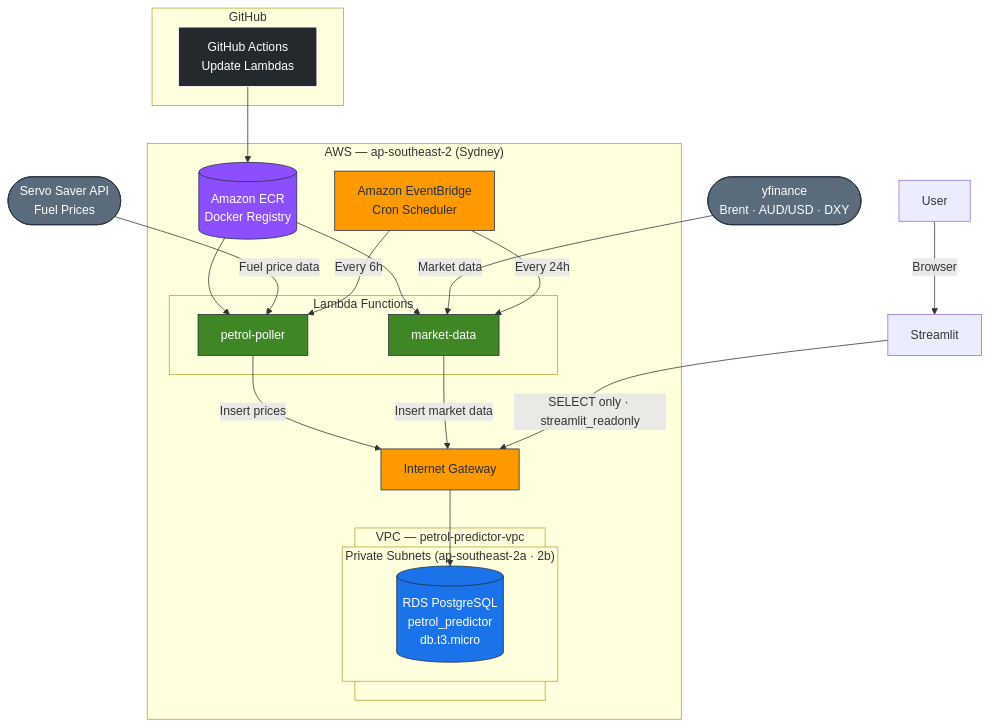
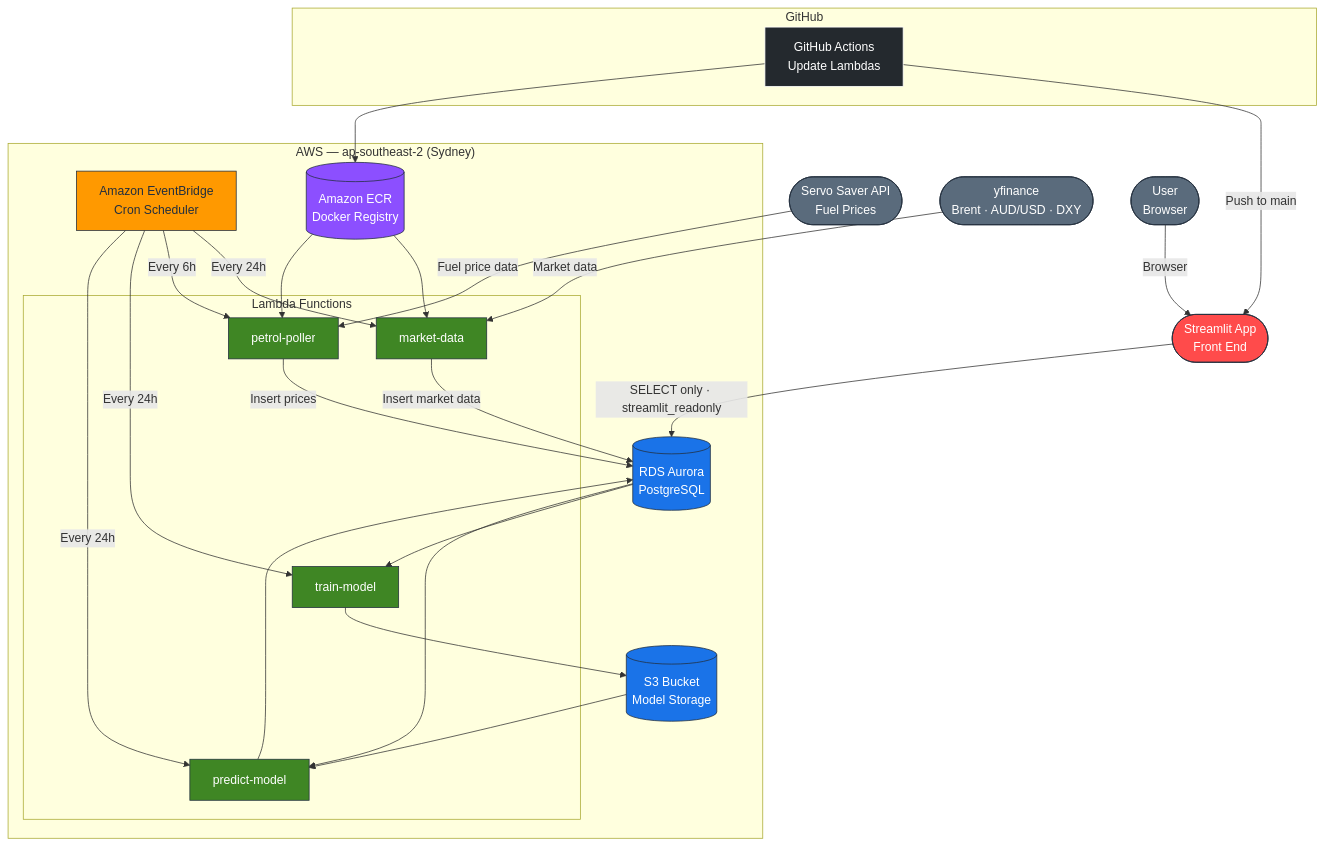
One commit to cutajara/Petrol_Prices changed the diagram in README.md. Above: the diagram before and after it, drawn with Mermaid. The commit also changed other lines of this file and 1 other file, not shown here.

Commit message:
fix: app is live!

````diff
--- a/README.md
+++ b/README.md
@@ -6,66 +8,80 @@
 ```mermaid
 graph TD
     %% Define Styles
     classDef github fill:#24292e,stroke:#fff,stroke-width:1px,color:#fff;
     classDef awsOrange fill:#FF9900,stroke:#232F3E,stroke-width:1px,color:#232F3E;
     classDef awsGreen fill:#3F8624,stroke:#232F3E,stroke-width:1px,color:#fff;
     classDef awsBlue fill:#1A73E8,stroke:#232F3E,stroke-width:1px,color:#fff;
     classDef awsPurple fill:#8C4FFF,stroke:#232F3E,stroke-width:1px,color:#fff;
     classDef external fill:#5A6B7C,stroke:#232F3E,stroke-width:1px,color:#fff;
     classDef streamlit fill:#FF4B4B,stroke:#232F3E,stroke-width:1px,color:#fff;
 
     %% External Sources
     ServoAPI([Servo Saver API<br>Fuel Prices]):::external
     YFinance([yfinance<br>Brent · AUD/USD · DXY]):::external
 
     %% GitHub
     subgraph GitHub_Platform ["GitHub"]
         GA[GitHub Actions<br>Update Lambdas]:::github
     end
 
+    GA -->|Push to main| Streamlit
+
     %% AWS Cloud
     subgraph AWS_Cloud ["AWS — ap-southeast-2 (Sydney)"]
 
         EB[Amazon EventBridge<br>Cron Scheduler]:::awsOrange
         ECR[(Amazon ECR<br>Docker Registry)]:::awsPurple
 
         subgraph Lambdas ["Lambda Functions"]
             L1[petrol-poller]:::awsGreen
             L2[market-data]:::awsGreen
+            L3[train-model]:::awsGreen
+            L4[predict-model]:::awsGreen
         end
-
-        subgraph VPC ["VPC — petrol-predictor-vpc"]
-            subgraph Subnets ["Private Subnets (ap-southeast-2a · 2b)"]
-                RDS[(RDS PostgreSQL<br>petrol_predictor<br>db.t3.micro)]:::awsBlue
-            end
-        end
-
-        IGW[Internet Gateway]:::awsOrange
+        RDS[(RDS Aurora \n PostgreSQL)]:::awsBlue
+        S3[(S3 Bucket<br>Model Storage)]:::awsBlue
+        
+        
 
     end
 
+    Streamlit([Streamlit App<br>Front End]):::streamlit
+    User([User<br>Browser]):::external
+
+    %% GitHub → AWS
+
 GA --> ECR
-ECR --> L1
 ECR --> L2
 
     %% External → Lambda
     ServoAPI -->|Fuel price data| L1
+ECR --> L1
+
+    %% EventBridge → Lambda
+    EB -->|Every 24h| L2
+    EB -->|Every 6h| L1
+    EB -->|Every 24h| L3
+    EB -->|Every 24h| L4
+
     YFinance -->|Market data| L2
 
-    %% EventBridge → Lambda
-    EB -->|Every 6h| L1
-    EB -->|Every 24h| L2
+    RDS --> L3
+    L3 --> S3
+
+    RDS --> L4
+    S3 --> L4
+    L4 --> RDS
 
 
+    %% Lambda → RDS
+    L1 -->|Insert prices| RDS
+    L2 -->|Insert market data| RDS
 
-    %% Lambda → RDS via IGW
-    L1 -->|Insert prices| IGW
-    L2 -->|Insert market data| IGW
-    IGW --> RDS
 
 
     
     %% Streamlit → RDS
-    Streamlit -->|SELECT only · streamlit_readonly| IGW
+    Streamlit -->|SELECT only · streamlit_readonly| RDS
     User -->|Browser| Streamlit
 ```
````
